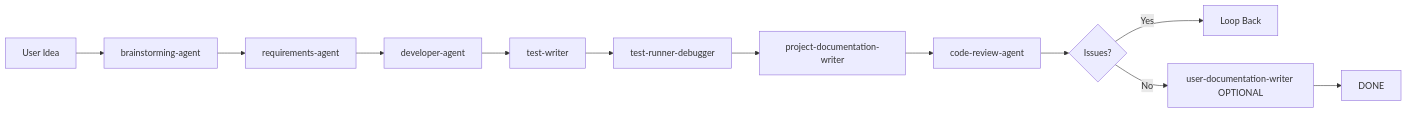
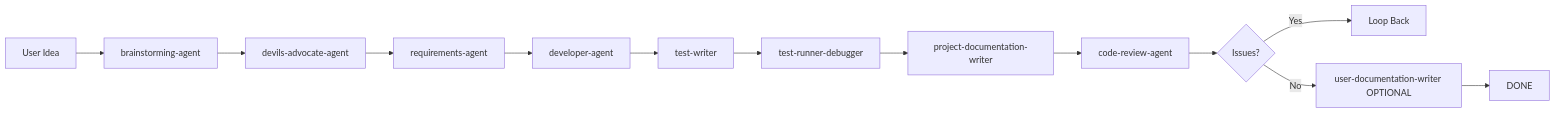
The diagram in docs/AGENT_WORKFLOWS.md (fr-mccarty/outwardsign), drawn with Mermaid before and after one commit. The commit also changed other lines of this file and 16 other files, not shown here.

First line of the commit message:
Introduce Devil's Advocate agent and enhance field-level validations.

````diff
--- a/docs/AGENT_WORKFLOWS.md
+++ b/docs/AGENT_WORKFLOWS.md
@@ -140,14 +144,15 @@
 ```mermaid
 graph LR
     A[User Idea] --> B[brainstorming-agent]
-    B --> C[requirements-agent]
+    B --> B2[devils-advocate-agent]
+    B2 --> C[requirements-agent]
     C --> D[developer-agent]
     D --> E[test-writer]
     E --> F[test-runner-debugger]
     F --> G[project-documentation-writer]
     G --> H[code-review-agent]
     H --> I{Issues?}
     I -->|Yes| J[Loop Back]
     I -->|No| K[user-documentation-writer OPTIONAL]
     K --> L[DONE]
 ```
````
